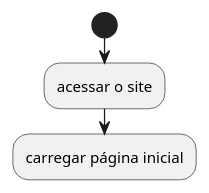
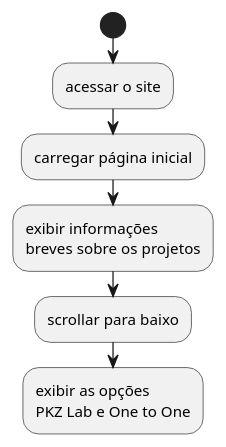
The diagram in 05 - AHT/aht2.puml (enzotrotto-ibmec/PFE-2026-2-AP1-Grupo1-terca), drawn with PlantUML before and after one commit. The commit also changed 1 other file, not shown here.

```diff
--- a/05 - AHT/aht2.puml
+++ b/05 - AHT/aht2.puml
@@ -2,6 +2,11 @@
 @startuml AHT2_PKZ_OneToOne
 start
 
 :acessar o site;
 :carregar página inicial;
+:exibir informações \nbreves sobre os projetos;
+:scrollar para baixo;
+:exibir as opções \nPKZ Lab e One to One;
+
+
 @enduml
```
